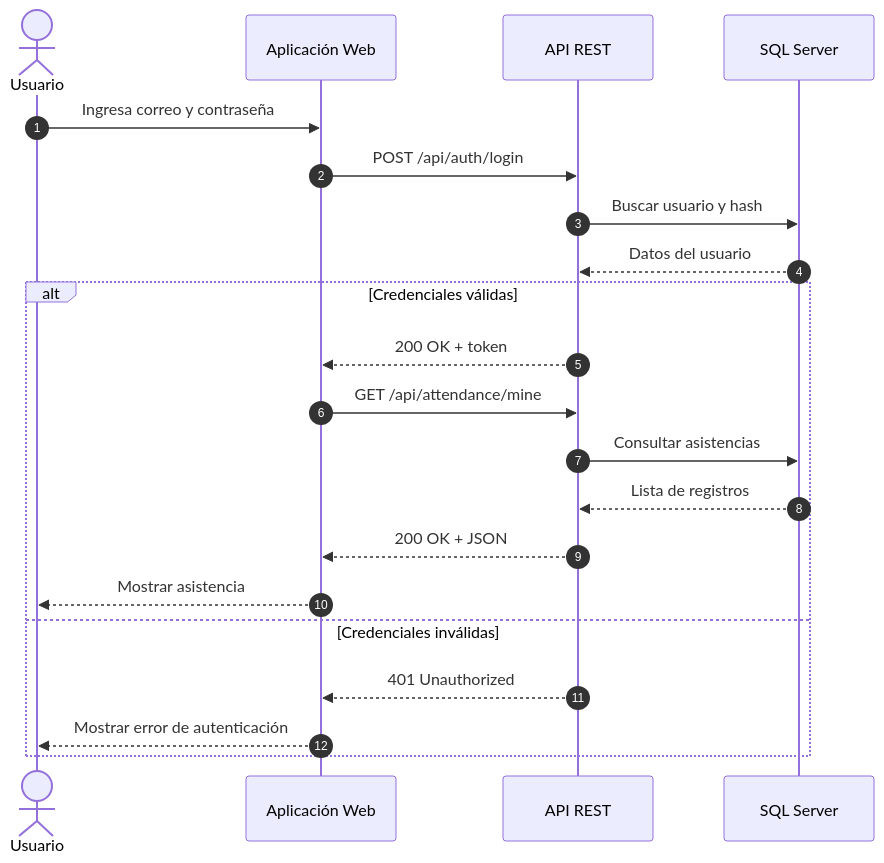
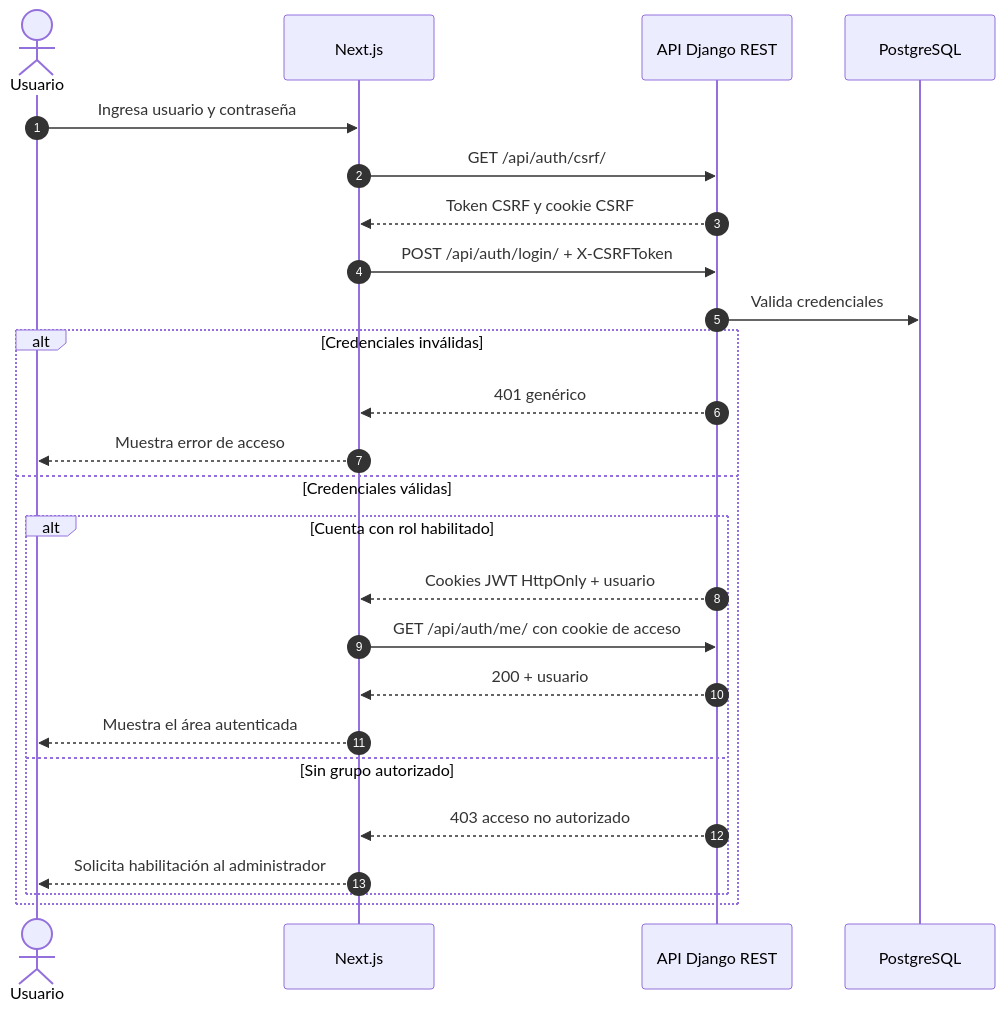
One commit to CalMiranda/SGA changed the third of 4 diagrams in README_SGA_C4.md. Above: the diagram before and after it, drawn with Mermaid. The commit also changed other lines of this file and 15 other files, not shown here.

````diff
--- a/README_SGA_C4.md
+++ b/README_SGA_C4.md
@@ -45,23 +42,27 @@
 ```mermaid
 sequenceDiagram
   autonumber
   actor U as Usuario
-  participant W as Aplicación Web
-  participant A as API REST
-  participant DB as SQL Server
-  U->>W: Ingresa correo y contraseña
-  W->>A: POST /api/auth/login
-  A->>DB: Buscar usuario y hash
-  DB-->>A: Datos del usuario
-  alt Credenciales válidas
-    A-->>W: 200 OK + token
-    W->>A: GET /api/attendance/mine
-    A->>DB: Consultar asistencias
-    DB-->>A: Lista de registros
-    A-->>W: 200 OK + JSON
-    W-->>U: Mostrar asistencia
-  else Credenciales inválidas
-    A-->>W: 401 Unauthorized
-    W-->>U: Mostrar error de autenticación
+  participant W as Next.js
+  participant A as API Django REST
+  participant DB as PostgreSQL
+  U->>W: Ingresa usuario y contraseña
+  W->>A: GET /api/auth/csrf/
+  A-->>W: Token CSRF y cookie CSRF
+  W->>A: POST /api/auth/login/ + X-CSRFToken
+  A->>DB: Valida credenciales
+  alt Credenciales inválidas
+    A-->>W: 401 genérico
+    W-->>U: Muestra error de acceso
+  else Credenciales válidas
+    alt Cuenta con rol habilitado
+    A-->>W: Cookies JWT HttpOnly + usuario
+    W->>A: GET /api/auth/me/ con cookie de acceso
+    A-->>W: 200 + usuario
+    W-->>U: Muestra el área autenticada
+    else Sin grupo autorizado
+      A-->>W: 403 acceso no autorizado
+      W-->>U: Solicita habilitación al administrador
+    end
   end
 ```
````
